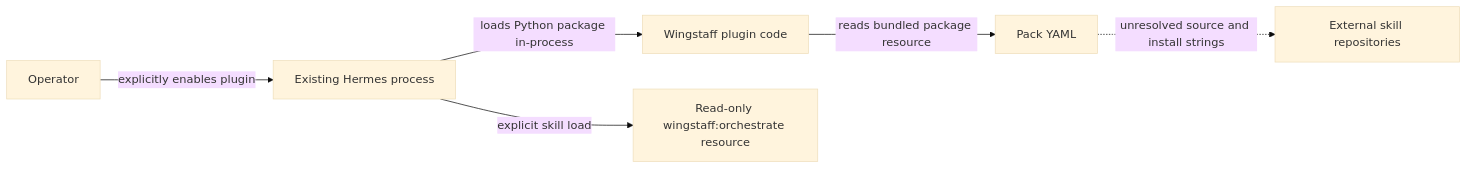
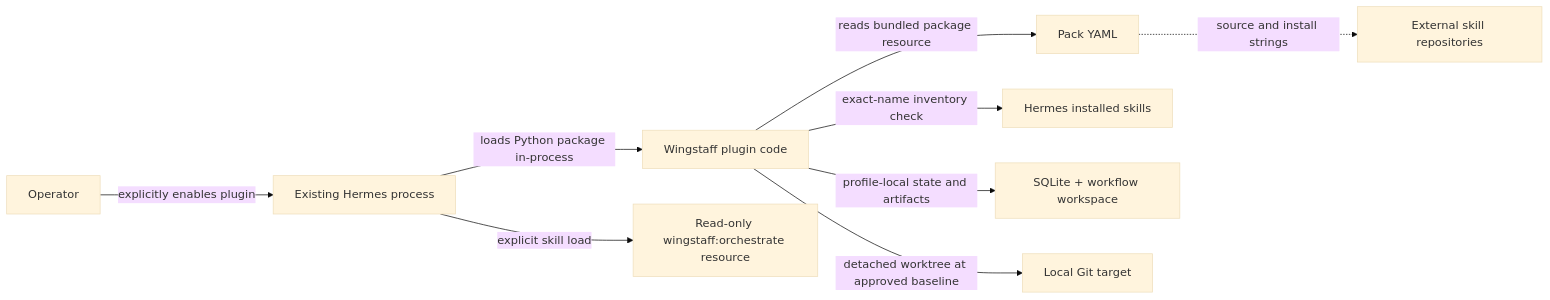
The diagram in docs/06-security.md (forgegod/daidala), drawn with Mermaid (base theme) before and after one commit. The commit also changed other lines of this file and 20 other files, not shown here.

First line of the commit message:
feat(workflow): execute approved worktree slice

````diff
--- a/docs/06-security.md
+++ b/docs/06-security.md
@@ -10,8 +9,11 @@
 ```mermaid
 flowchart LR
     OP["Operator"] -->|"explicitly enables plugin"| H["Existing Hermes process"]
     H -->|"loads Python package in-process"| W["Wingstaff plugin code"]
     W -->|"reads bundled package resource"| Y["Pack YAML"]
-    Y -."unresolved source and install strings".-> E["External skill repositories"]
+    W -->|"exact-name inventory check"| I["Hermes installed skills"]
+    W -->|"profile-local state and artifacts"| D["SQLite + workflow workspace"]
+    W -->|"detached worktree at approved baseline"| G["Local Git target"]
+    Y -."source and install strings".-> E["External skill repositories"]
     H -->|"explicit skill load"| S["Read-only wingstaff:orchestrate resource"]
 ```
````
